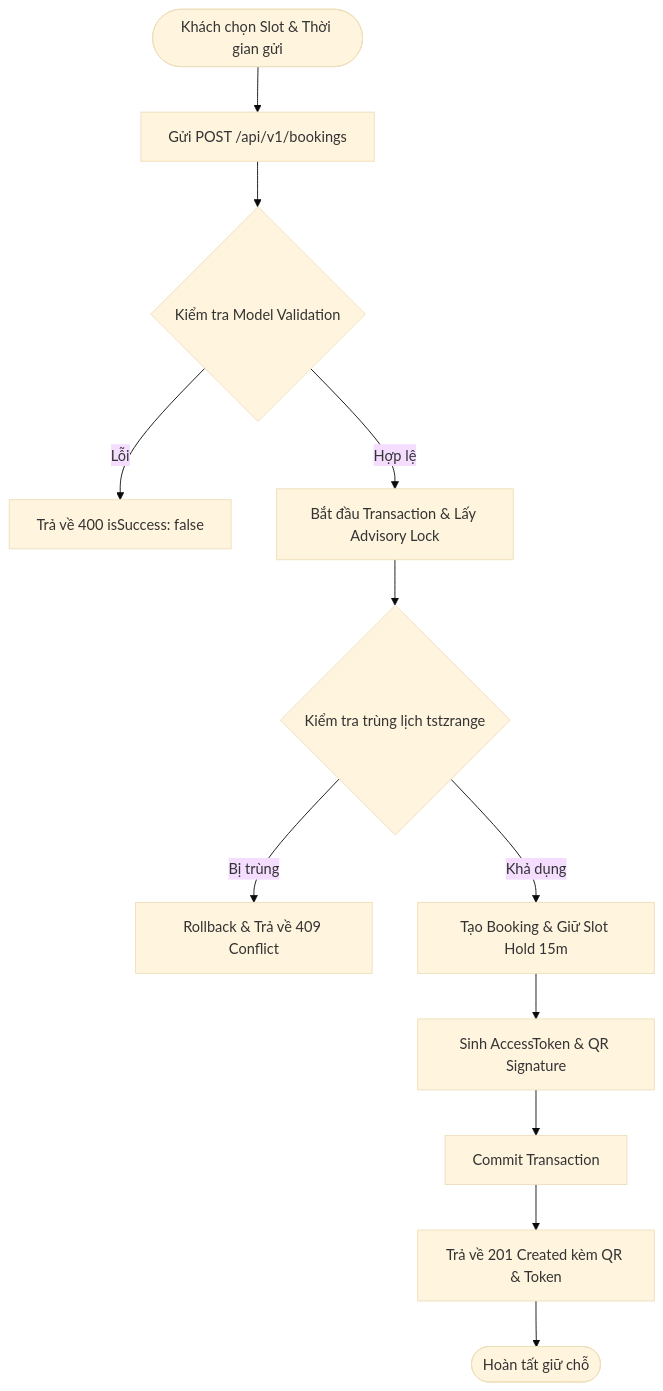
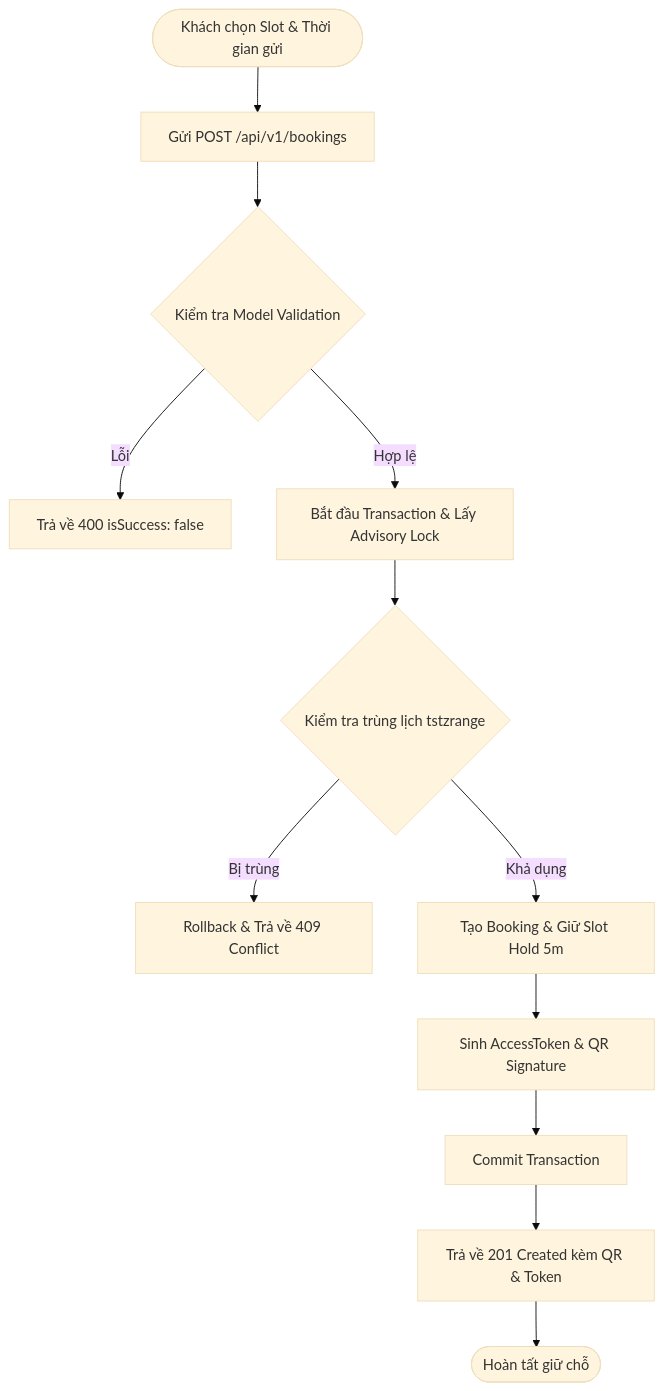
One commit to LittileMonkey/Parking3D changed the first of 2 diagrams in docs/05-API.md. Above: the diagram before and after it, drawn with Mermaid (base theme). The commit also changed other lines of this file and 6 other files, not shown here.

Commit message:
chore(policy): update slot hold window duration from 15m to 5m across docs and demo fixture

````diff
--- a/docs/05-API.md
+++ b/docs/05-API.md
@@ -145,17 +145,17 @@
 ```mermaid
 flowchart TD
     Start([Khách chọn Slot & Thời gian gửi]) --> SubmitBooking[Gửi POST /api/v1/bookings]
     SubmitBooking --> ValidateReq{Kiểm tra Model Validation}
     
     ValidateReq -- Lỗi --> ReturnValFail[Trả về 400 isSuccess: false]
     ValidateReq -- Hợp lệ --> BeginTx[Bắt đầu Transaction & Lấy Advisory Lock]
     
     BeginTx --> CheckOverlap{Kiểm tra trùng lịch tstzrange}
     CheckOverlap -- Bị trùng --> RollbackConflict[Rollback & Trả về 409 Conflict]
     
-    CheckOverlap -- Khả dụng --> CreateRecord[Tạo Booking & Giữ Slot Hold 15m]
+    CheckOverlap -- Khả dụng --> CreateRecord[Tạo Booking & Giữ Slot Hold 5m]
     CreateRecord --> GenAccessToken[Sinh AccessToken & QR Signature]
     GenAccessToken --> CommitTx[Commit Transaction]
     CommitTx --> ReturnSuccess[Trả về 201 Created kèm QR & Token]
     ReturnSuccess --> EndSuccess([Hoàn tất giữ chỗ])
 ```
````
